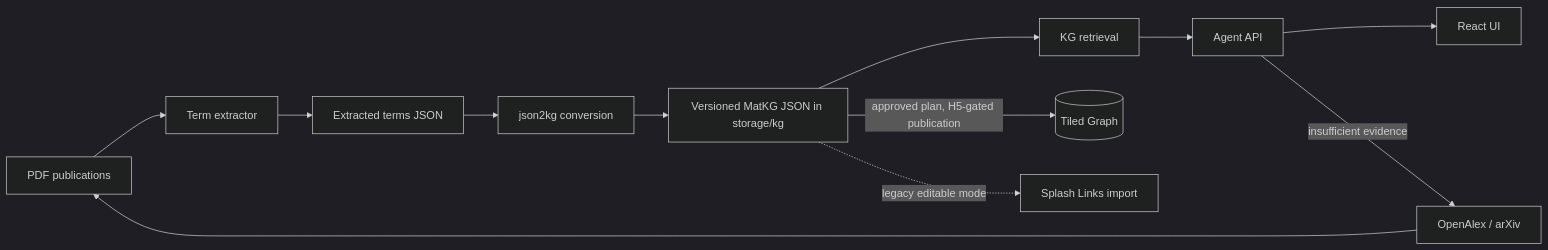
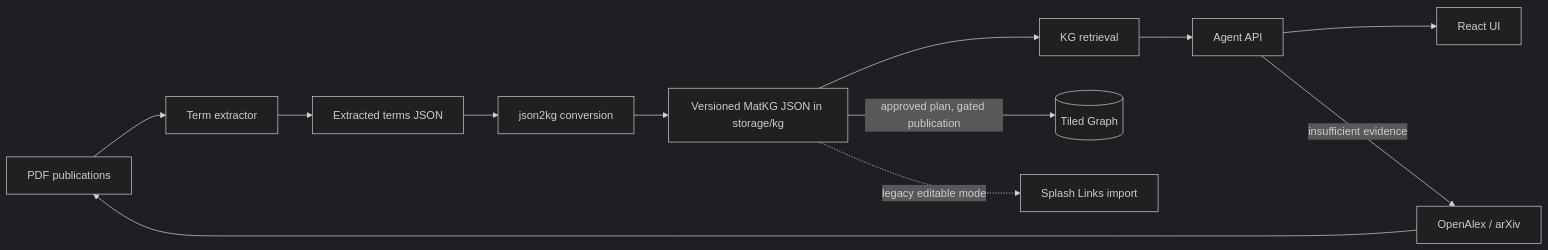
Before and after one commit to fair2wise/FAIR2WISE: the diagram in mkdocs/docs/index.md, drawn with Mermaid (dark theme). The commit also changed other lines of this file and 13 other files, not shown here.

````diff
--- a/mkdocs/docs/index.md
+++ b/mkdocs/docs/index.md
@@ -39,14 +39,14 @@
 ```mermaid
 flowchart LR
     P[PDF publications] --> X[Term extractor]
     X --> T[Extracted terms JSON]
     T --> C[json2kg conversion]
     C --> J[Versioned MatKG JSON in storage/kg]
     J --> R[KG retrieval]
-    J -->|approved plan, H5-gated publication| TG[(Tiled Graph)]
+    J -->|approved plan, gated publication| TG[(Tiled Graph)]
     J -.->|legacy editable mode| I[Splash Links import]
     R --> A[Agent API]
     A --> U[React UI]
     A -->|insufficient evidence| O[OpenAlex / arXiv]
     O --> P
 ```
````
